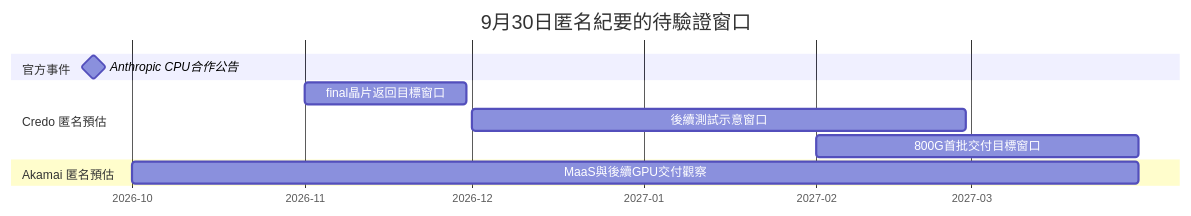
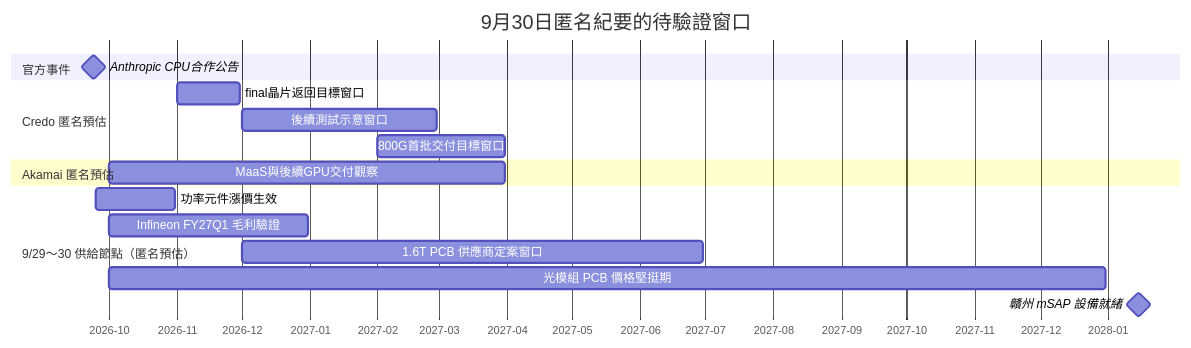
Before and after one commit to kevn950324/wiki_Stockv2: the diagram in content/lib/5.schedule/時程_2026-2027高速互連與分散式算力.md, drawn with Mermaid. The commit also changed other lines of this file and 18 other files, not shown here.

````diff
--- a/content/lib/5.schedule/時程_2026-2027高速互連與分散式算力.md
+++ b/content/lib/5.schedule/時程_2026-2027高速互連與分散式算力.md
@@ -33,14 +45,20 @@
 ```mermaid
 gantt
     title 9月30日匿名紀要的待驗證窗口
     dateFormat YYYY-MM-DD
     axisFormat %Y-%m
     section 官方事件
     Anthropic CPU合作公告 :milestone, 2026-09-24, 0d
     section Credo 匿名預估
     final晶片返回目標窗口 :2026-11-01, 2026-11-30
     後續測試示意窗口 :2026-12-01, 2027-02-28
     800G首批交付目標窗口 :2027-02-01, 2027-03-31
     section Akamai 匿名預估
     MaaS與後續GPU交付觀察 :2026-10-01, 2027-03-31
+    section 9/29～30 供給節點（匿名預估）
+    功率元件漲價生效 :2026-09-25, 2026-10-31
+    Infineon FY27Q1 毛利驗證 :2026-10-01, 2026-12-31
+    1.6T PCB 供應商定案窗口 :2026-12-01, 2027-06-30
+    光模組 PCB 價格堅挺期 :2026-10-01, 2027-12-31
+    贛州 mSAP 設備就緒 :milestone, 2028-01-15, 0d
 ```
````
